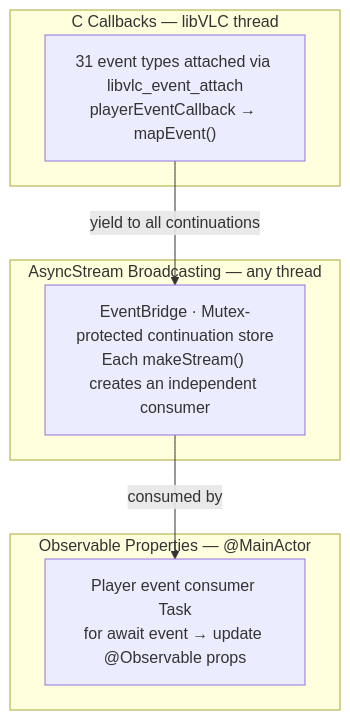
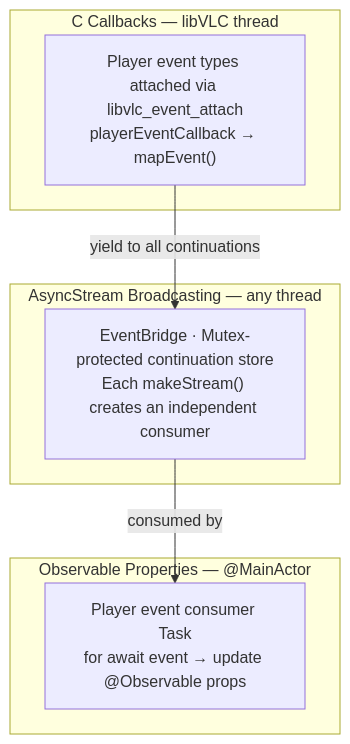
The fourth of 7 diagrams in ARCHITECTURE.md (harflabs/SwiftVLC), drawn with Mermaid before and after one commit. The commit also changed other lines of this file and 96 other files, not shown here.

````diff
--- a/ARCHITECTURE.md
+++ b/ARCHITECTURE.md
@@ -339,17 +355,17 @@
 ```mermaid
 flowchart TB
     subgraph L1["C Callbacks — libVLC thread"]
-        CB["31 event types attached via libvlc_event_attach<br/>playerEventCallback → mapEvent()"]
+        CB["Player event types attached via libvlc_event_attach<br/>playerEventCallback → mapEvent()"]
     end
 
     subgraph L2["AsyncStream Broadcasting — any thread"]
         Store["EventBridge · Mutex-protected continuation store<br/>Each makeStream() creates an independent consumer"]
     end
 
     subgraph L3["Observable Properties — @MainActor"]
         Update["Player event consumer Task<br/>for await event → update @Observable props"]
     end
 
     CB -->|"yield to all continuations"| Store
     Store -->|"consumed by"| Update
 ```
````
